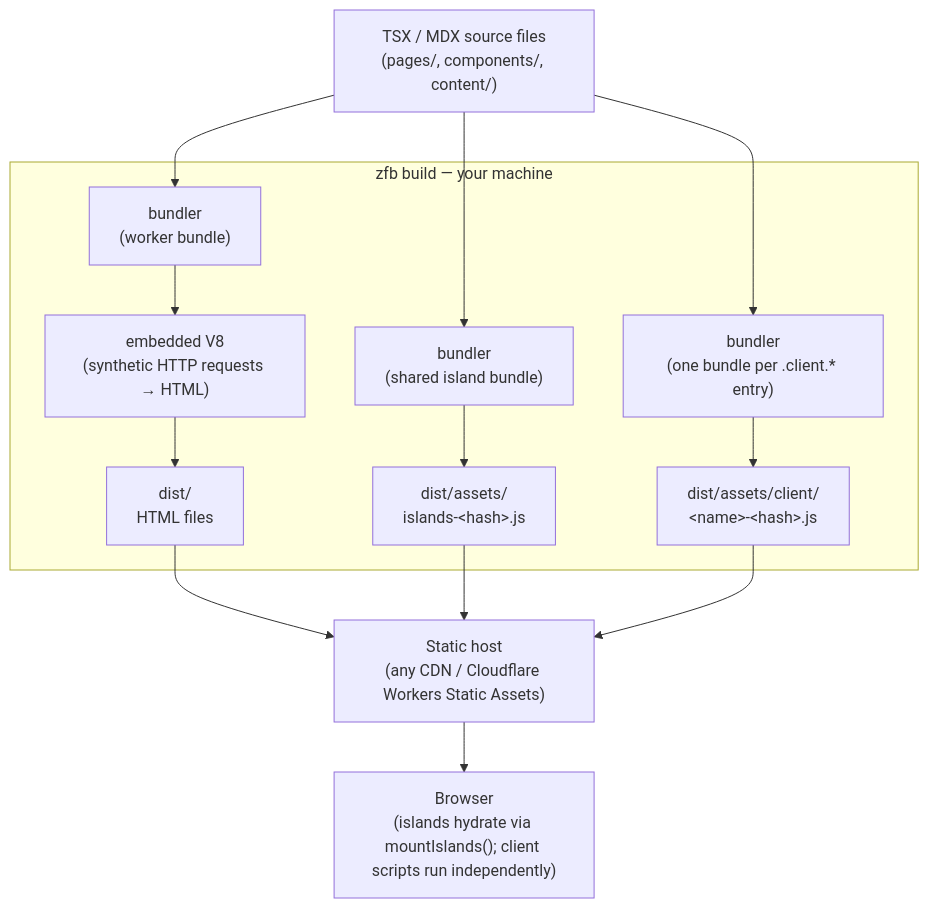
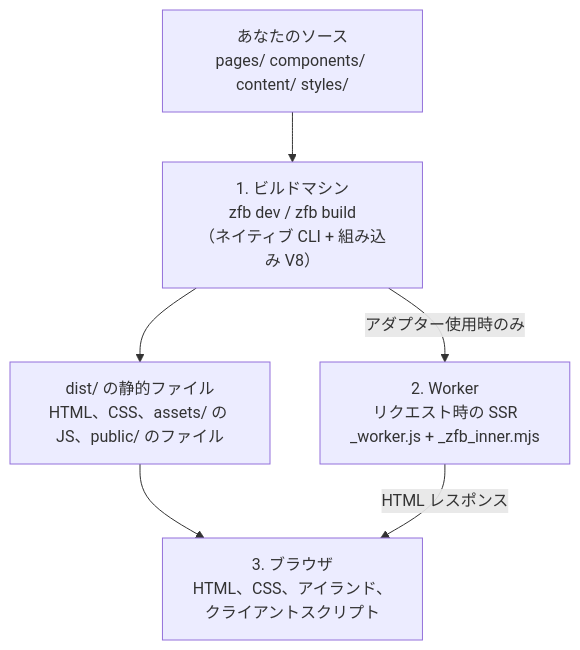
Before and after one commit to Takazudo/zudo-front-builder: the diagram in docs/src/content/docs-ja/architecture/architecture-overview.mdx, drawn with Mermaid. The commit also changed other lines of this file and 1 other file, not shown here.

First line of the commit message:
docs(architecture): rewrite overview as the frontend developer guide

````diff
--- a/docs/src/content/docs-ja/architecture/architecture-overview.mdx
+++ b/docs/src/content/docs-ja/architecture/architecture-overview.mdx
@@ -87,32 +44,14 @@
 ```mermaid
 flowchart TD
-    src["TSX / MDX source files\n(pages/, components/, content/)"]
+    src["あなたのソース\npages/ components/ content/ styles/"]
+    build["1. ビルドマシン\nzfb dev / zfb build\n（ネイティブ CLI + 組み込み V8）"]
+    assets["dist/ の静的ファイル\nHTML、CSS、assets/ の JS、public/ のファイル"]
+    worker["2. Worker\nリクエスト時の SSR\n_worker.js + _zfb_inner.mjs"]
+    browser["3. ブラウザ\nHTML、CSS、アイランド、クライアントスクリプト"]
 
-    subgraph build["zfb build — your machine"]
-        esbuild_worker["bundler\n(worker bundle)"]
-        v8["embedded V8\n(synthetic HTTP requests → HTML)"]
-        esbuild_islands["bundler\n(shared island bundle)"]
-        esbuild_client["bundler\n(one bundle per .client.* entry)"]
-        dist_html["dist/\nHTML files"]
-        dist_js["dist/assets/\nislands-&lt;hash&gt;.js"]
-        dist_client["dist/assets/client/\n&lt;name&gt;-&lt;hash&gt;.js"]
-    end
-
-    deploy["Static host\n(any CDN / Cloudflare Workers Static Assets)"]
-    browser["Browser\n(islands hydrate via mountIslands(); client scripts run independently)"]
-
-    src --> esbuild_worker
-    esbuild_worker --> v8
-    v8 --> dist_html
-
-    src --> esbuild_islands
-    esbuild_islands --> dist_js
-
-    src --> esbuild_client
-    esbuild_client --> dist_client
-
-    dist_html --> deploy
-    dist_js --> deploy
-    dist_client --> deploy
-    deploy --> browser
+    src --> build
+    build --> assets
+    build -->|"アダプター使用時のみ"| worker
+    assets --> browser
+    worker -->|"HTML レスポンス"| browser
 ```
````
